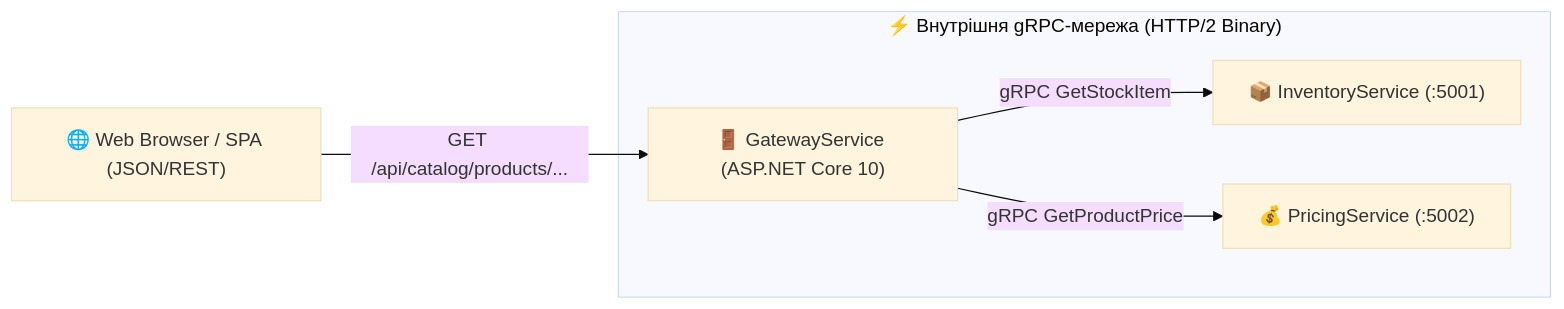
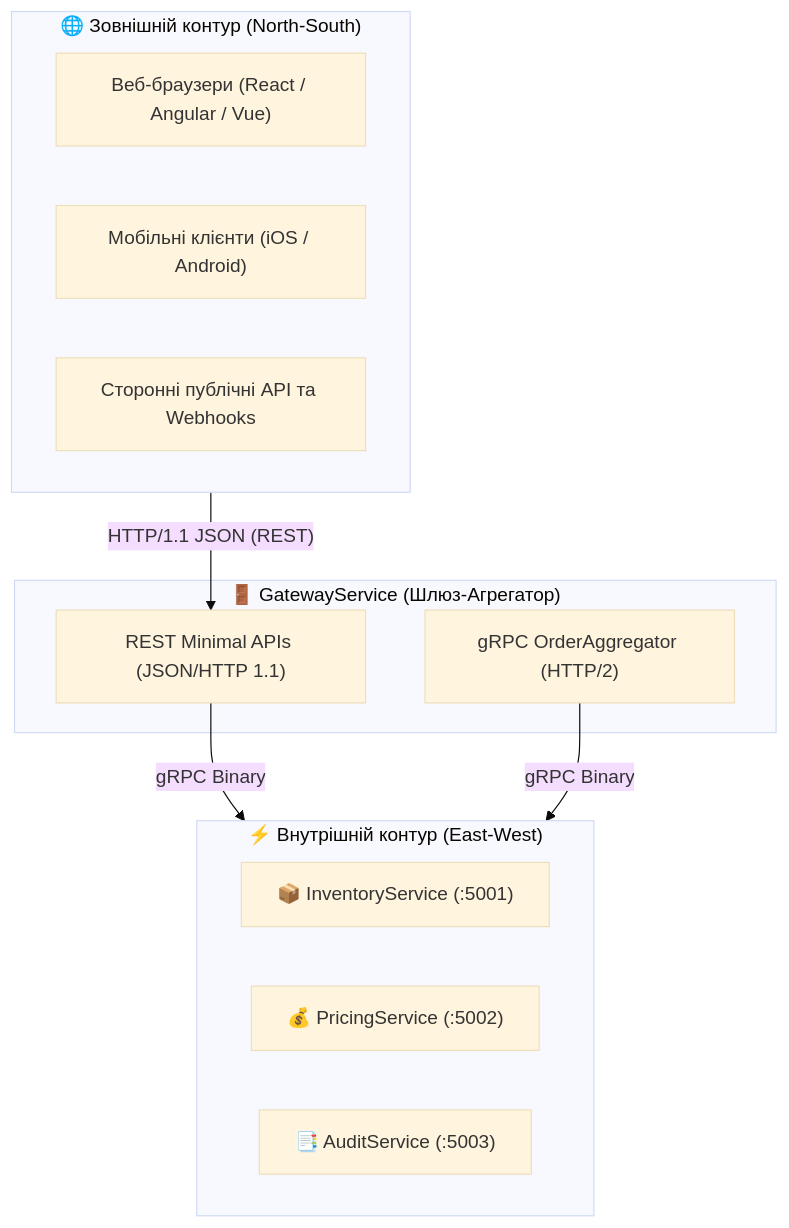
Before and after one commit to MrTomkaYurii/AspNet-gRPC-Mastery: the diagram in docs/Mastery-04-REST-vs-gRPC-Hybrid.md, drawn with Mermaid (base theme). The commit also changed other lines of this file and 6 other files, not shown here.

Commit message:
docs(mastery): expand comprehensive guides with deep theory, diagrams, and attach to solution

````diff
--- a/docs/Mastery-04-REST-vs-gRPC-Hybrid.md
+++ b/docs/Mastery-04-REST-vs-gRPC-Hybrid.md
@@ -13,9 +28,23 @@
 ```mermaid
-flowchart LR
-    Browser["🌐 Web Browser / SPA (JSON/REST)"] -->|"GET /api/catalog/products/..."| Gateway["🚪 GatewayService (ASP.NET Core 10)"]
+flowchart TD
+    subgraph ExternalWorld ["🌐 Зовнішній контур (North-South)"]
+        Browser["Веб-браузери (React / Angular / Vue)"]
+        Mobile["Мобільні клієнти (iOS / Android)"]
+        ThirdParty["Сторонні публічні API та Webhooks"]
+    end
 
-    subgraph InternalMesh ["⚡ Внутрішня gRPC-мережа (HTTP/2 Binary)"]
-        Gateway -->|"gRPC GetStockItem"| Inventory["📦 InventoryService (:5001)"]
-        Gateway -->|"gRPC GetProductPrice"| Pricing["💰 PricingService (:5002)"]
+    subgraph Gateway ["🚪 GatewayService (Шлюз-Агрегатор)"]
+        RestEngine["REST Minimal APIs (JSON/HTTP 1.1)"]
+        GrpcEngine["gRPC OrderAggregator (HTTP/2)"]
     end
+
+    subgraph InternalMesh ["⚡ Внутрішній контур (East-West)"]
+        Inventory["📦 InventoryService (:5001)"]
+        Pricing["💰 PricingService (:5002)"]
+        Audit["📑 AuditService (:5003)"]
+    end
+
+    ExternalWorld -->|"HTTP/1.1 JSON (REST)"| RestEngine
+    RestEngine -->|"gRPC Binary"| InternalMesh
+    GrpcEngine -->|"gRPC Binary"| InternalMesh
 ```
````
